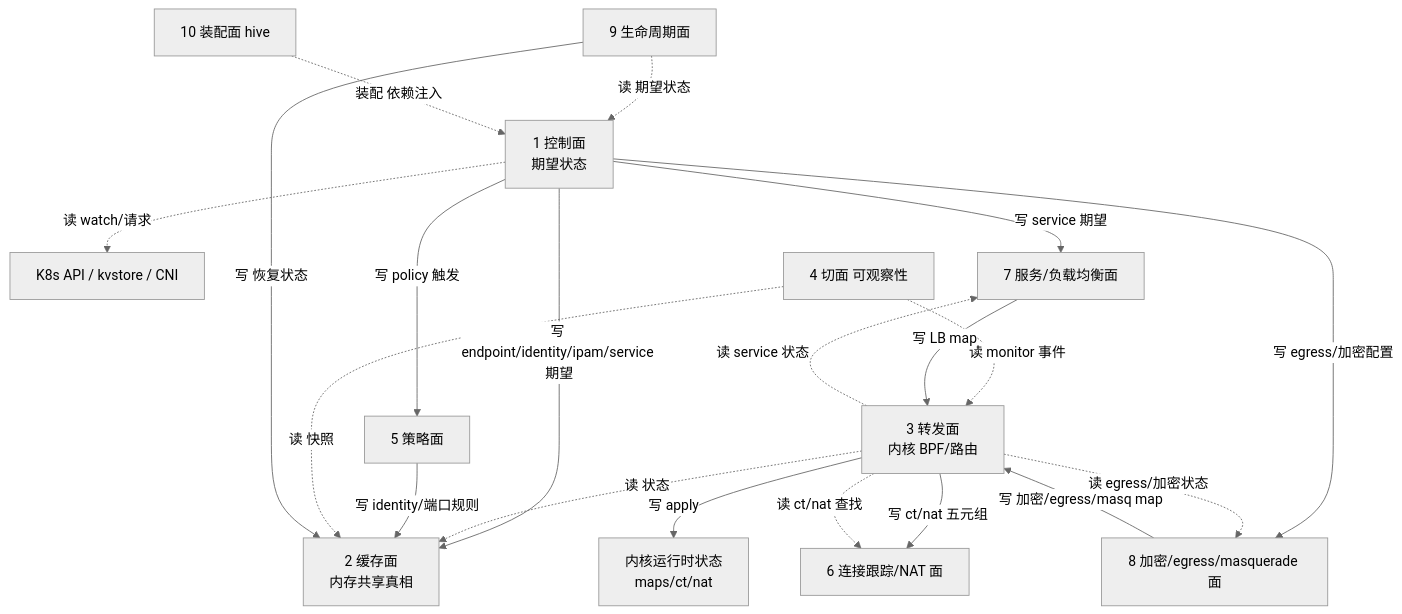
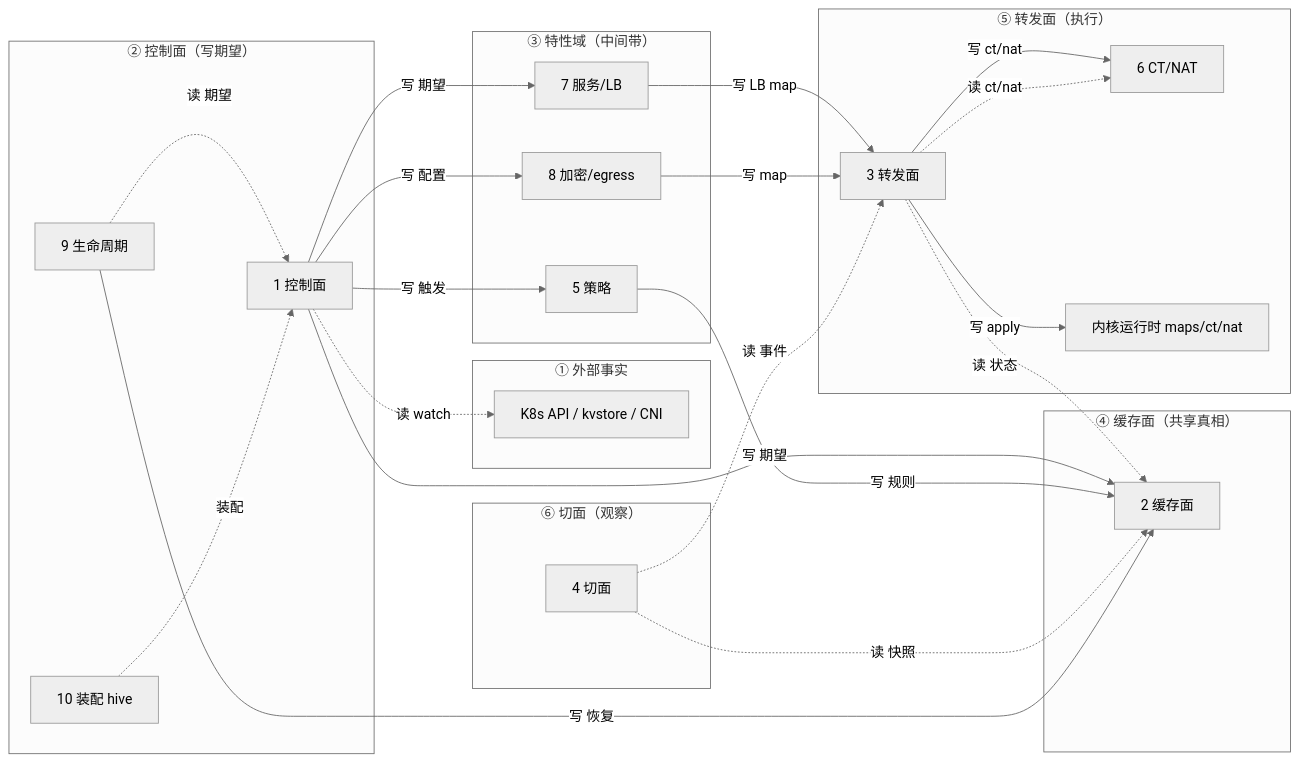
The diagram in map/00-overview.md (zbb88888/cilium-map-road), drawn with Mermaid (neutral theme) before and after one commit.

Commit message:
docs: 优化层间交互概要图——LR 方向 + 子图分带，层次/行列对齐
- TD → LR：数据流从左到右（外部→控制→特性域→缓存→转发→切面），天然列对齐
- 6 个子图分带（①②③④⑤⑥），同层实体归一带，行对齐
- 边精简：只保留主链+关键读写，去掉冗余回边；加 %% 注释分节
- CT/NAT 归入转发带（datapath 相邻）；LIF/ASM 归入控制带（横切）

````diff
--- a/map/00-overview.md
+++ b/map/00-overview.md
@@ -8,42 +8,59 @@
 ```mermaid
-flowchart TD
-    K8S[K8s API / kvstore / CNI]
-    CP[1 控制面<br/>期望状态]
-    CACHE[2 缓存面<br/>内存共享真相]
-    DP[3 转发面<br/>内核 BPF/路由]
-    KERN[内核运行时状态<br/>maps/ct/nat]
-    POL[5 策略面]
-    OBS[4 切面 可观察性]
-    CT[6 连接跟踪/NAT 面]
-    SVC[7 服务/负载均衡面]
-    ENC[8 加密/egress/masquerade 面]
-    LIF[9 生命周期面]
-    ASM[10 装配面 hive]
+flowchart LR
+    subgraph EXT["① 外部事实"]
+        K8S["K8s API / kvstore / CNI"]
+    end
 
-    CP -.->|读 watch/请求| K8S
-    CP -->|写 endpoint/identity/ipam/service 期望| CACHE
+    subgraph CTRL["② 控制面（写期望）"]
+        CP["1 控制面"]
+        LIF["9 生命周期"]
+        ASM["10 装配 hive"]
+    end
+
+    subgraph FEAT["③ 特性域（中间带）"]
+        POL["5 策略"]
+        SVC["7 服务/LB"]
+        ENC["8 加密/egress"]
+    end
+
+    subgraph CACHEB["④ 缓存面（共享真相）"]
+        CACHE["2 缓存面"]
+    end
+
+    subgraph DPB["⑤ 转发面（执行）"]
+        DP["3 转发面"]
+        CT["6 CT/NAT"]
+        KERN["内核运行时 maps/ct/nat"]
+    end
+
+    subgraph OBSB["⑥ 切面（观察）"]
+        OBS["4 切面"]
+    end
+
+    %% 主链：外部 → 控制 → 缓存 → 转发 → 内核
+    CP -.->|读 watch| K8S
+    CP -->|写 期望| CACHE
     DP -.->|读 状态| CACHE
     DP -->|写 apply| KERN
 
-    CP -->|写 policy 触发| POL
-    POL -->|写 identity/端口规则| CACHE
+    %% CT/NAT 挂在转发面
+    DP -->|写 ct/nat| CT
+    DP -.->|读 ct/nat| CT
 
+    %% 特性域：控制触发，各自落到缓存/转发
+    CP -->|写 触发| POL
+    POL -->|写 规则| CACHE
+    CP -->|写 期望| SVC
+    SVC -->|写 LB map| DP
+    CP -->|写 配置| ENC
+    ENC -->|写 map| DP
+
+    %% 观察：读缓存快照 + 读转发事件
     OBS -.->|读 快照| CACHE
-    OBS -.->|读 monitor 事件| DP
+    OBS -.->|读 事件| DP
 
-    DP -->|写 ct/nat 五元组| CT
-    DP -.->|读 ct/nat 查找| CT
-
-    CP -->|写 service 期望| SVC
-    SVC -->|写 LB map| DP
-    DP -.->|读 service 状态| SVC
-
-    CP -->|写 egress/加密配置| ENC
-    ENC -->|写 加密/egress/masq map| DP
-    DP -.->|读 egress/加密状态| ENC
-
-    LIF -.->|读 期望状态| CP
-    LIF -->|写 恢复状态| CACHE
-
-    ASM -.->|装配 依赖注入| CP
+    %% 横切：生命周期恢复、装配注入
+    LIF -.->|读 期望| CP
+    LIF -->|写 恢复| CACHE
+    ASM -.->|装配| CP
 ```
````
